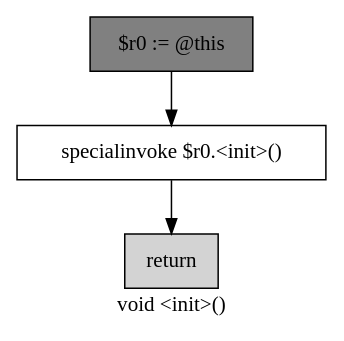
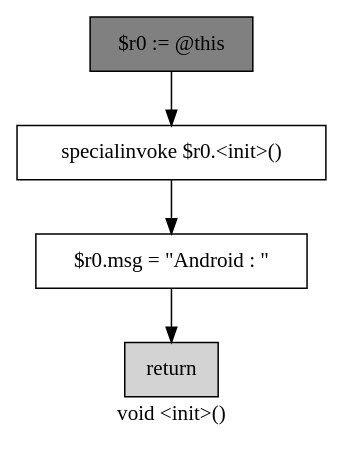
One commit to gsrishaila/summer changed the diagram in soot-infoflow-android-develop/<init>.dot. Above: the diagram before and after it, drawn with Graphviz. The commit also changed 15 other files, not shown here.

```diff
--- a/soot-infoflow-android-develop/<init>.dot
+++ b/soot-infoflow-android-develop/<init>.dot
@@ -1,9 +1,11 @@
 digraph "void <init>()" {
     label="void <init>()";
     node [shape=box];
     "0" [style=filled,fillcolor=gray,label="$r0 := @this",];
     "1" [label="specialinvoke $r0.<init>()",];
     "0"->"1";
-    "2" [style=filled,fillcolor=lightgray,label="return",];
+    "2" [label="$r0.msg = \"Android : \"",];
     "1"->"2";
+    "3" [style=filled,fillcolor=lightgray,label="return",];
+    "2"->"3";
 }
```
